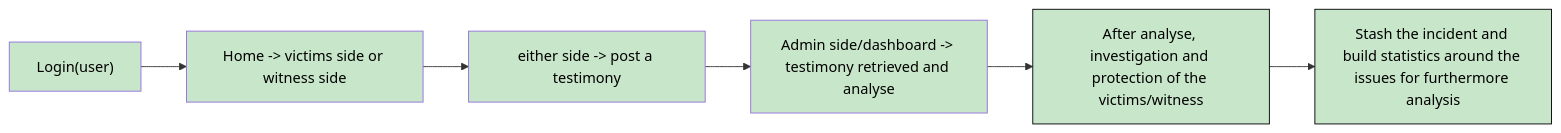
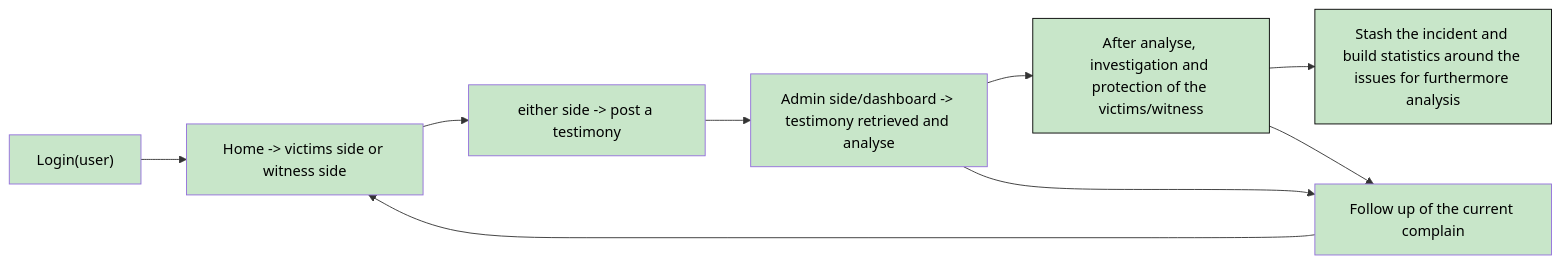
The diagram in README.md (Alistair31/Portfolio-Project), drawn with Mermaid before and after one commit. The commit also changed other lines of this file, not shown here.

Commit message:
Update README links and flowchart layout

````diff
--- a/README.md
+++ b/README.md
@@ -95,19 +96,21 @@
 ```mermaid
 ---
 config:
-  layout: dagre
+  layout: fixed
 ---
 flowchart LR
     A["Login(user)"] --> B["Home -&gt; victims side or witness side"]
     B --> C["either side -&gt; post a testimony"]
     C --> D["Admin side/dashboard -&gt; testimony retrieved and analyse"]
-    D --> E["After analyse, investigation and protection of the victims/witness"]
-    E --> F["Stash the incident and build statistics around the issues for furthermore analysis"]
+    D --> E["After analyse, investigation and protection of the victims/witness"] & G["Follow up of the current complain"]
+    E --> F["Stash the incident and build statistics around the issues for furthermore analysis"] & G
+    G --> B
 
     style A fill:#C8E6C9,color:#000000
     style B fill:#C8E6C9,color:#000000
     style C fill:#C8E6C9,color:#000000
     style D fill:#C8E6C9,color:#000000
     style E fill:#C8E6C9,stroke:#000000,color:#000000
+    style G color:#000000,fill:#C8E6C9
     style F fill:#C8E6C9,stroke:#000000,color:#000000
 ```
````
